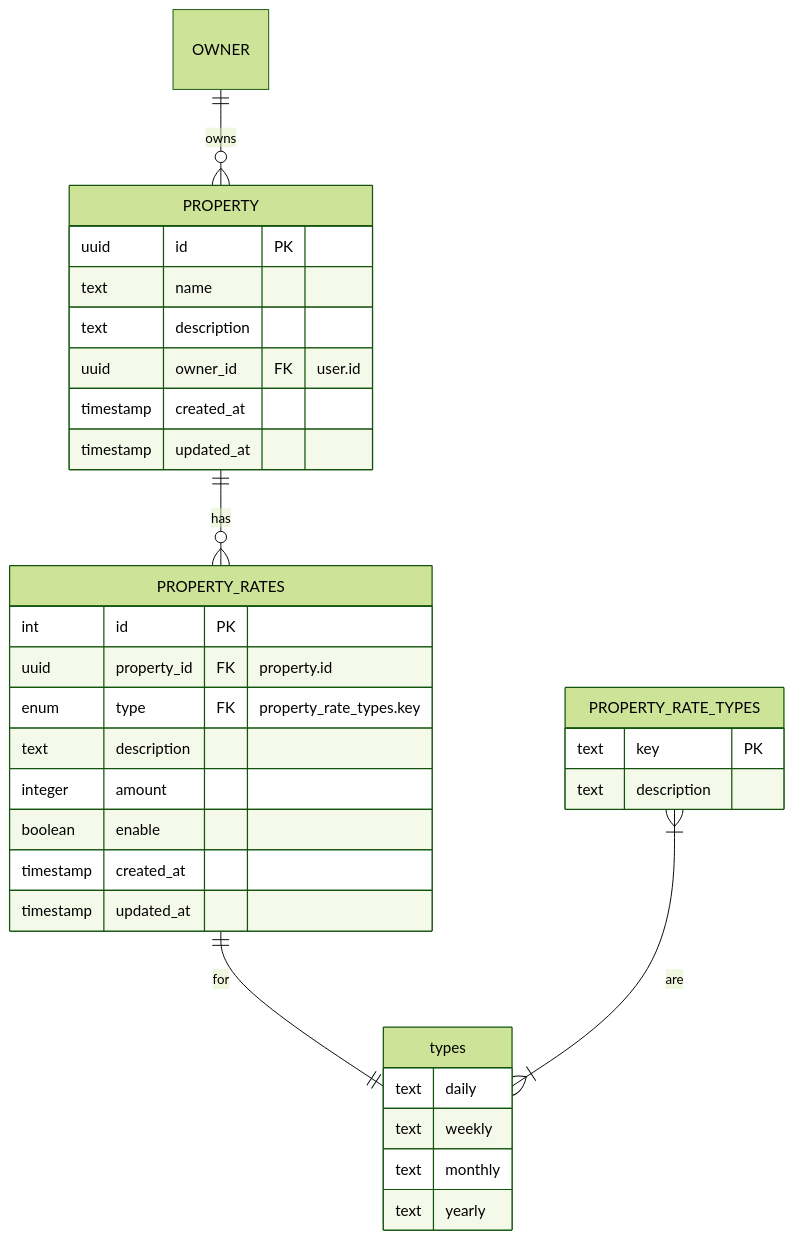
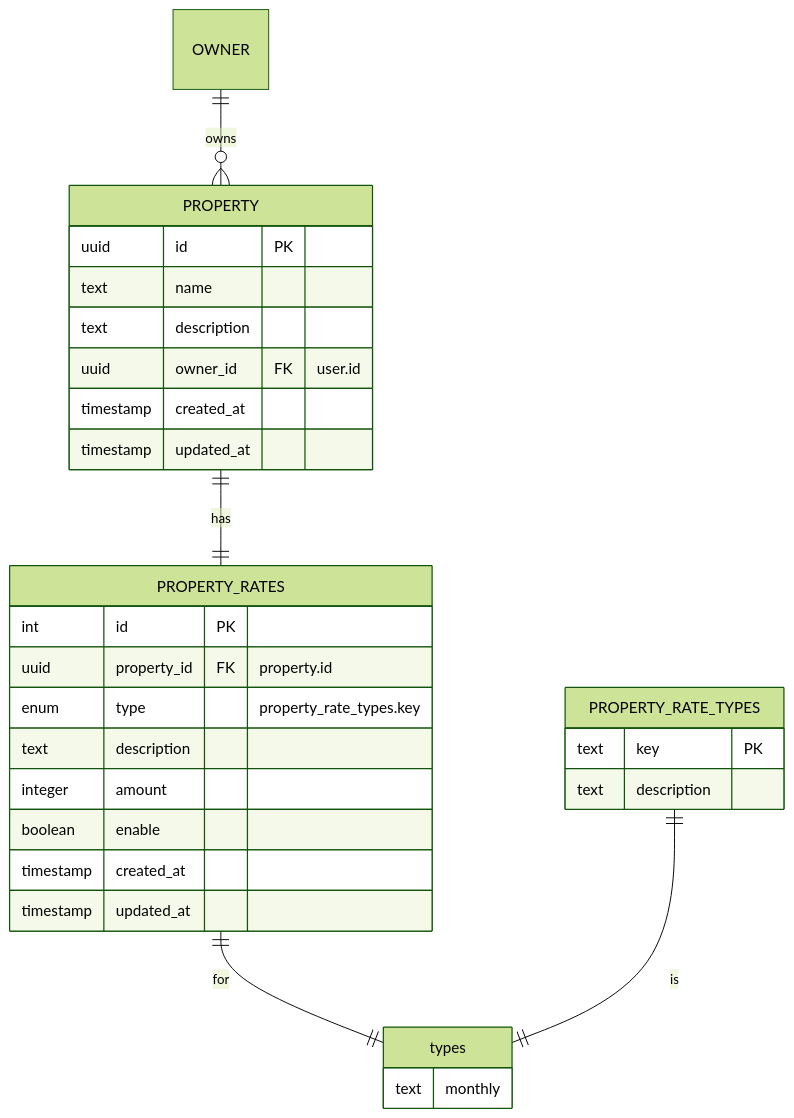
One commit to UpBrewTech/project-leasa changed the second of 3 diagrams in docs/ERD.md. Above: the diagram before and after it, drawn with Mermaid (forest theme). The commit also changed other lines of this file and 1 other file, not shown here.

Commit message:
erd and sd update

````diff
--- a/docs/ERD.md
+++ b/docs/ERD.md
@@ -53,40 +53,37 @@
 ```mermaid
 erDiagram
 
 PROPERTY {
     uuid id PK
     text name
     text description
     uuid owner_id FK "user.id"
     timestamp created_at
     timestamp updated_at
 }
 
 PROPERTY_RATES {
     int id PK
     uuid property_id FK "property.id"
-    enum type FK "property_rate_types.key"
+    enum type  "property_rate_types.key"
     text description
     integer amount
     boolean enable
     timestamp created_at
     timestamp updated_at
 }
 
 PROPERTY_RATE_TYPES {
     text key PK
     text description
 }
 
 types {
-    text daily
-    text weekly
     text monthly
-    text yearly
 }
 
 OWNER ||--o{ PROPERTY : owns
-PROPERTY ||--o{ PROPERTY_RATES : "has"
+PROPERTY ||--|| PROPERTY_RATES : "has"
 PROPERTY_RATES ||--|| types : "for"
-PROPERTY_RATE_TYPES }|--|{ types : "are"
+PROPERTY_RATE_TYPES ||--|| types : "is"
 ```
````
